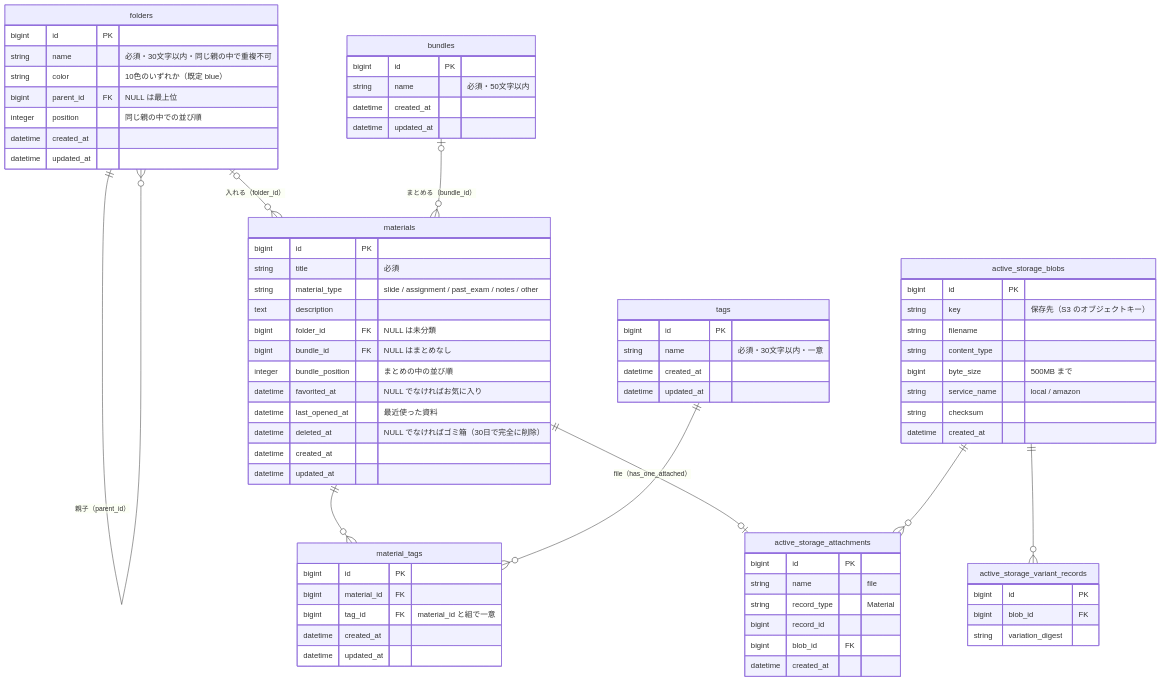
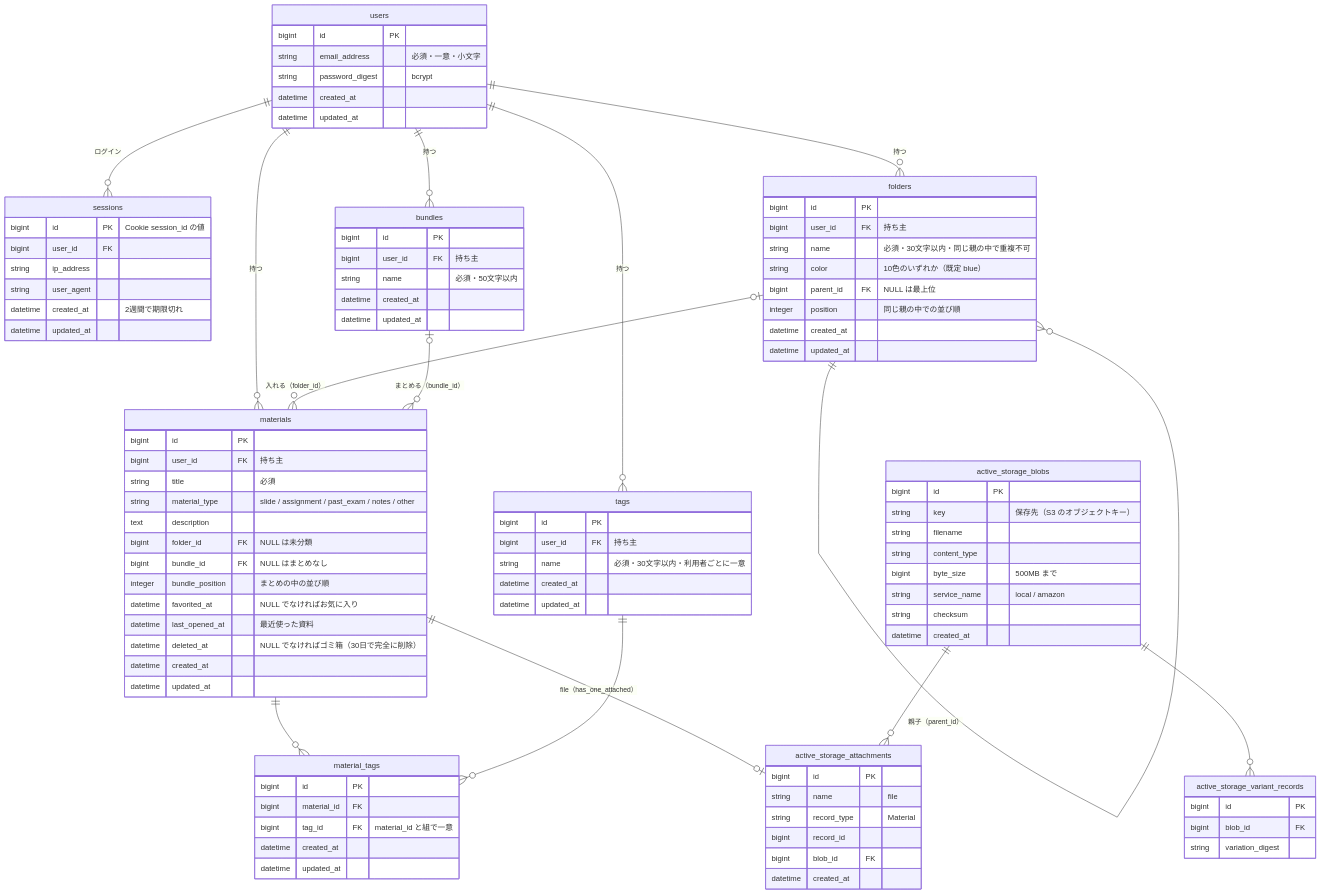
One commit to tomei0809/MaterialOrg changed the diagram in docs/er-diagram.md. Above: the diagram before and after it, drawn with Mermaid. The commit also changed other lines of this file and 8 other files, not shown here.

````diff
--- a/docs/er-diagram.md
+++ b/docs/er-diagram.md
@@ -6,5 +6,10 @@
 ```mermaid
 erDiagram
+    users ||--o{ sessions : "ログイン"
+    users ||--o{ materials : "持つ"
+    users ||--o{ folders : "持つ"
+    users ||--o{ bundles : "持つ"
+    users ||--o{ tags : "持つ"
     folders ||--o{ folders : "親子（parent_id）"
     folders |o--o{ materials : "入れる（folder_id）"
     bundles |o--o{ materials : "まとめる（bundle_id）"
@@ -14,8 +19,26 @@
     active_storage_blobs ||--o{ active_storage_attachments : ""
     active_storage_blobs ||--o{ active_storage_variant_records : ""
 
+    users {
+        bigint id PK
+        string email_address "必須・一意・小文字"
+        string password_digest "bcrypt"
+        datetime created_at
+        datetime updated_at
+    }
+
+    sessions {
+        bigint id PK "Cookie session_id の値"
+        bigint user_id FK
+        string ip_address
+        string user_agent
+        datetime created_at "2週間で期限切れ"
+        datetime updated_at
+    }
+
     folders {
         bigint id PK
+        bigint user_id FK "持ち主"
         string name "必須・30文字以内・同じ親の中で重複不可"
         string color "10色のいずれか（既定 blue）"
         bigint parent_id FK "NULL は最上位"
@@ -26,6 +49,7 @@
 
     materials {
         bigint id PK
+        bigint user_id FK "持ち主"
         string title "必須"
         string material_type "slide / assignment / past_exam / notes / other"
         text description
@@ -41,6 +65,7 @@
 
     bundles {
         bigint id PK
+        bigint user_id FK "持ち主"
         string name "必須・50文字以内"
         datetime created_at
         datetime updated_at
@@ -48,7 +73,8 @@
 
     tags {
         bigint id PK
-        string name "必須・30文字以内・一意"
+        bigint user_id FK "持ち主"
+        string name "必須・30文字以内・利用者ごとに一意"
         datetime created_at
         datetime updated_at
     }
````
